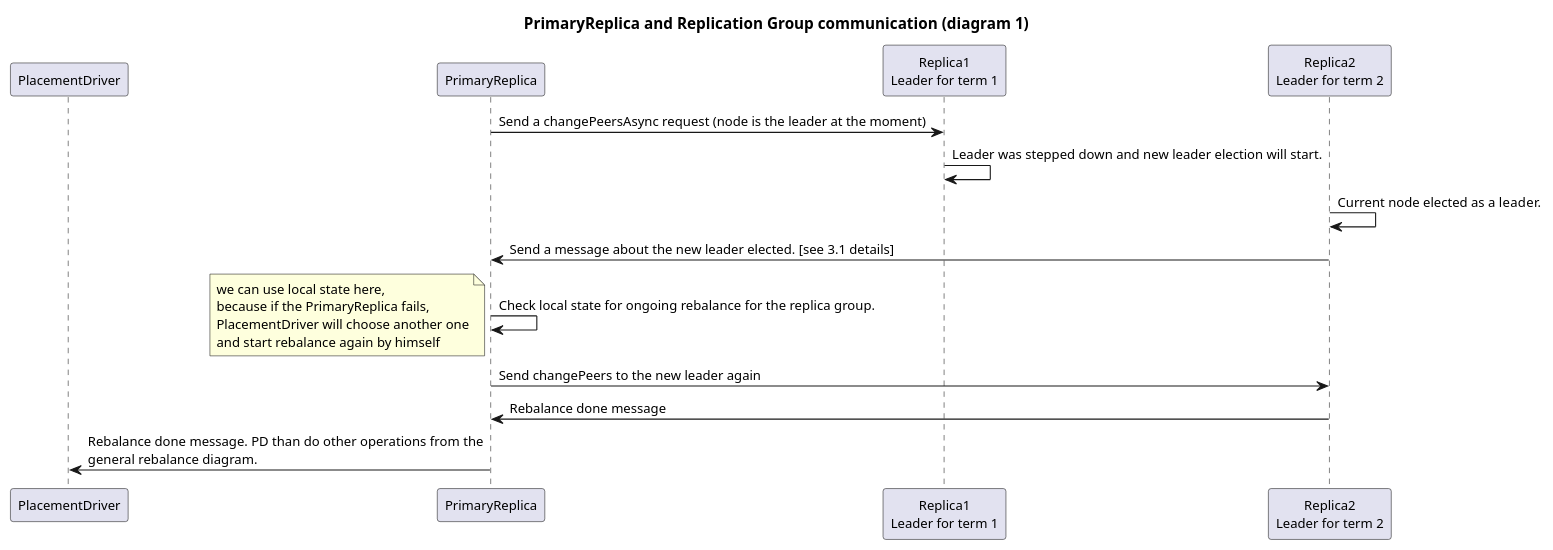
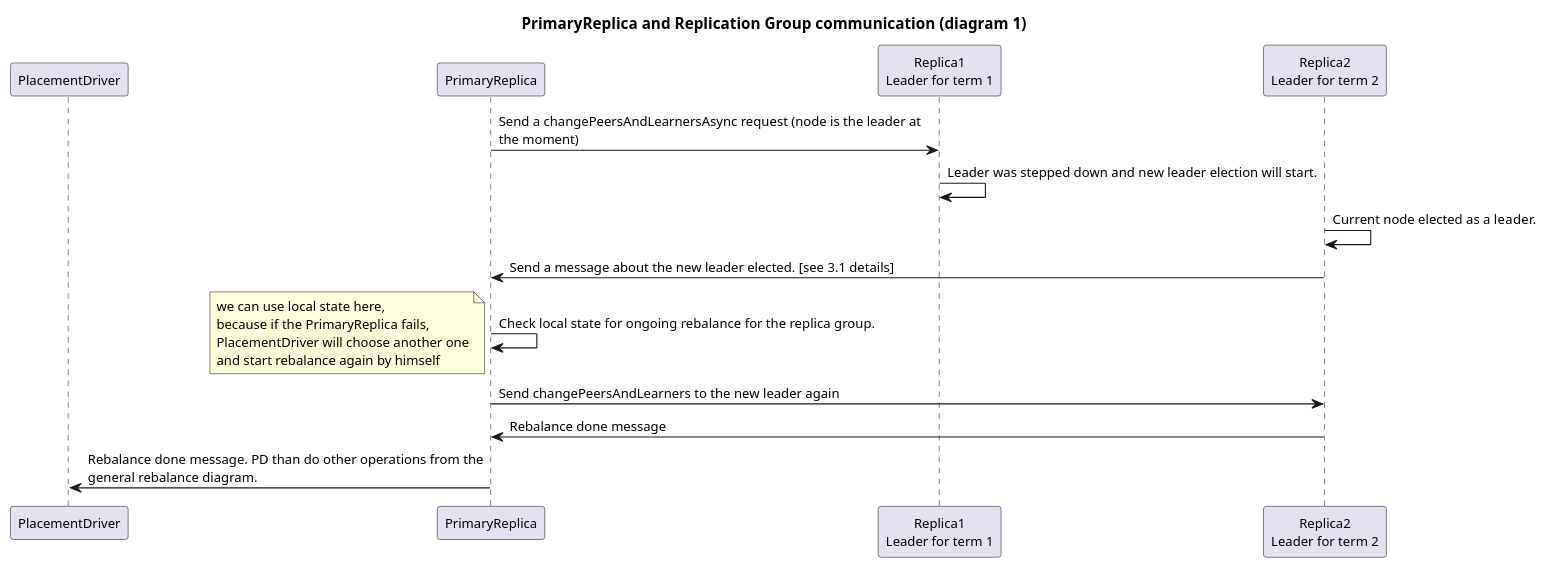
One commit to apache/ignite-3 changed the diagram in modules/distribution-zones/tech-notes/src/primaryReplica.puml. Above: the diagram before and after it, drawn with PlantUML. The commit also changed 36 other files, not shown here.

Commit message:
IGNITE-22801 rename changePeers and changePeersAsync to changePeersAndLearners and changePeersAndLearnersAsync.

```diff
--- a/modules/distribution-zones/tech-notes/src/primaryReplica.puml
+++ b/modules/distribution-zones/tech-notes/src/primaryReplica.puml
@@ -1,34 +1,34 @@
 @startuml primaryReplica
 title PrimaryReplica and Replication Group communication (diagram 1)
 
 skinparam maxMessageSize 400
 skinparam defaultFontSize 12
 
 participant PlacementDriver
 participant PrimaryReplica
 
 participant Replica1 [
 Replica1
 Leader for term 1
 ]
 
 participant Replica2 [
 Replica2
 Leader for term 2
 ]
 
-PrimaryReplica -> Replica1 : Send a changePeersAsync request (node is the leader at the moment)
+PrimaryReplica -> Replica1 : Send a changePeersAndLearnersAsync request (node is the leader at the moment)
 Replica1 -> Replica1 : Leader was stepped down and new leader election will start.
 Replica2 -> Replica2 : Current node elected as a leader.
 Replica2 -> PrimaryReplica : Send a message about the new leader elected. [see 3.1 details]
 PrimaryReplica -> PrimaryReplica : Check local state for ongoing rebalance for the replica group.
 note left
 we can use local state here,
 because if the PrimaryReplica fails,
 PlacementDriver will choose another one
 and start rebalance again by himself
 end note
-PrimaryReplica -> Replica2 : Send changePeers to the new leader again
+PrimaryReplica -> Replica2 : Send changePeersAndLearners to the new leader again
 Replica2 -> PrimaryReplica : Rebalance done message
 PrimaryReplica -> PlacementDriver : Rebalance done message. PD than do other operations from the general rebalance diagram.
 @enduml
```
